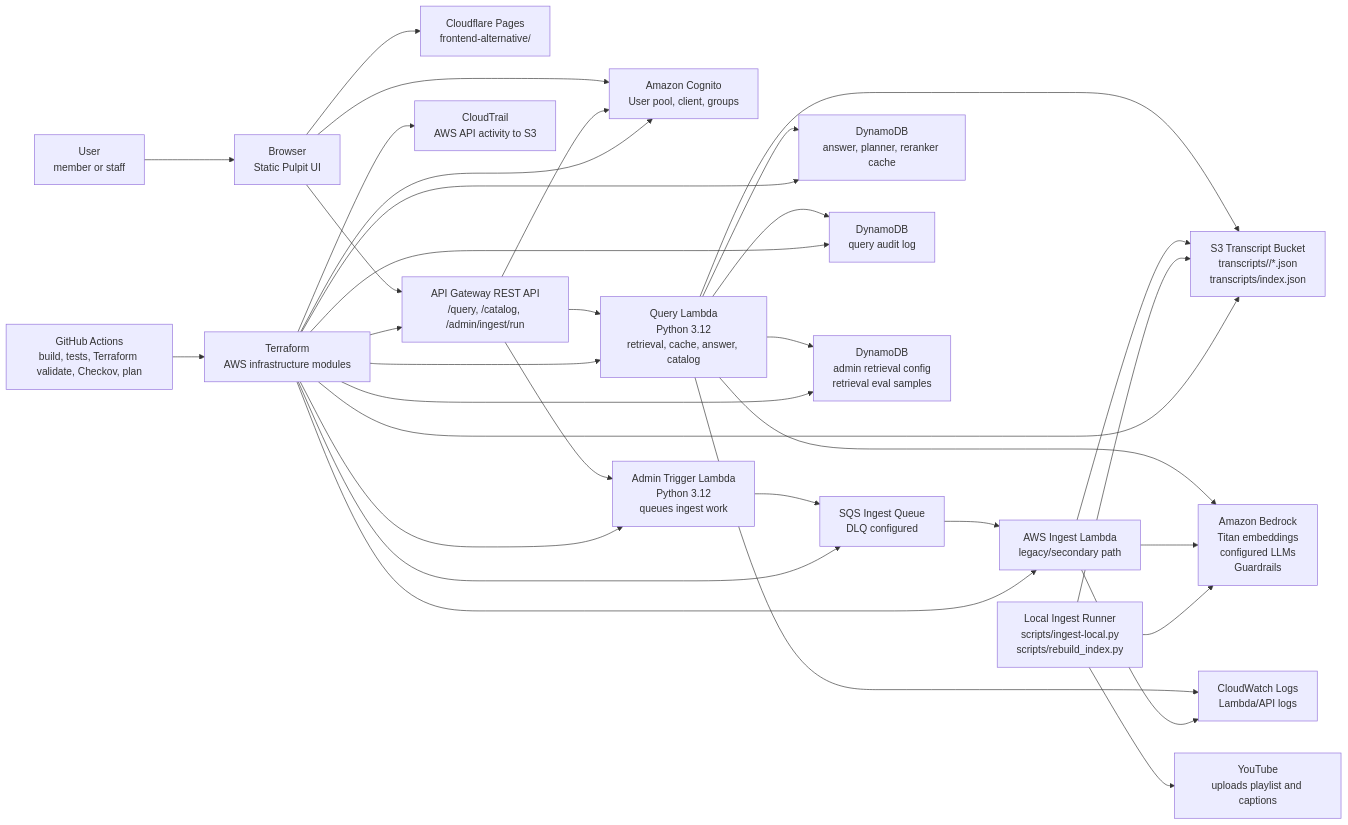
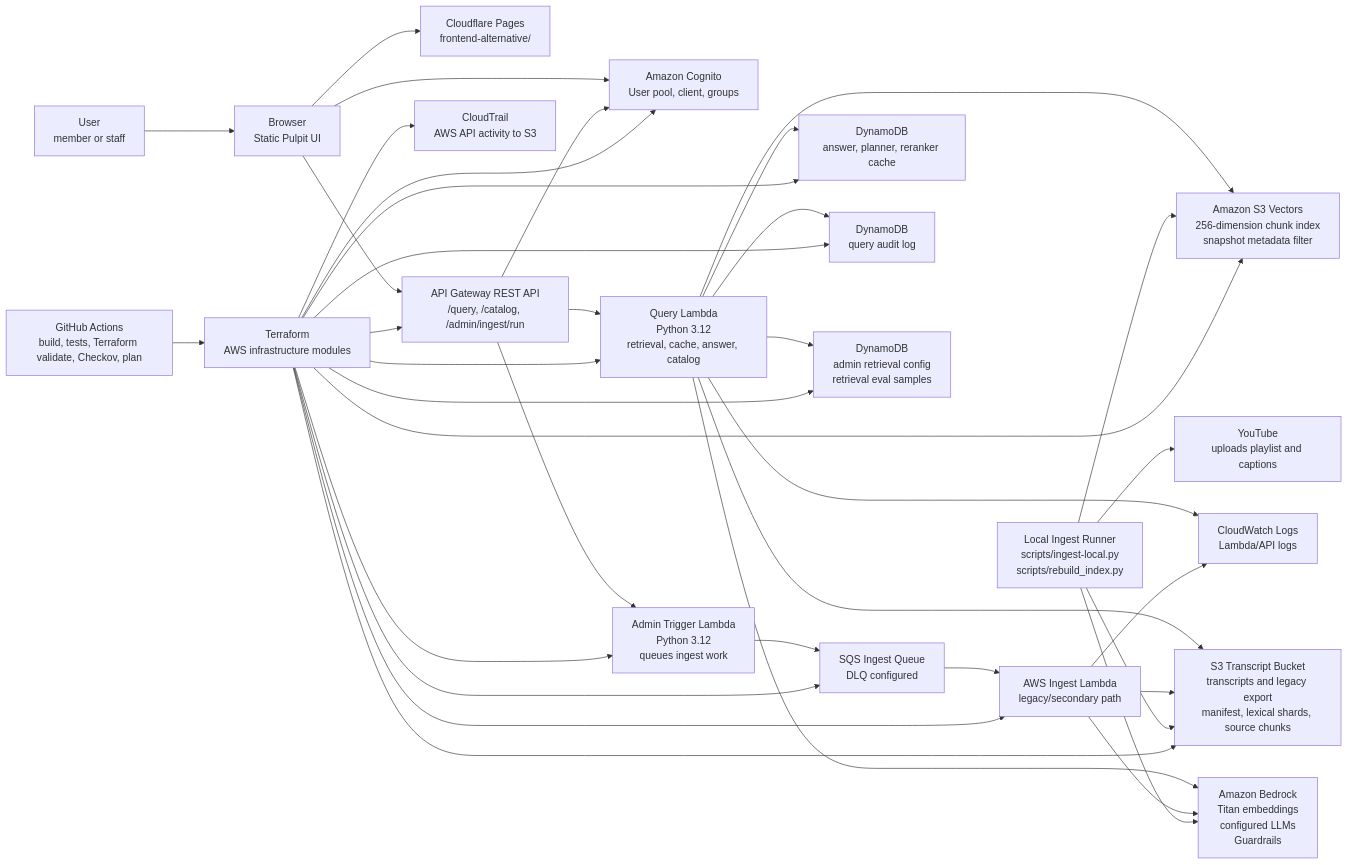
The first of 3 diagrams in docs/architecture.md (manynames3/pulpit), drawn with Mermaid before and after one commit. The commit also changed other lines of this file and 32 other files, not shown here.

````diff
--- a/docs/architecture.md
+++ b/docs/architecture.md
@@ -11,61 +11,65 @@
 ```mermaid
 flowchart LR
     user["User\nmember or staff"]
     browser["Browser\nStatic Pulpit UI"]
     pages["Cloudflare Pages\nfrontend-alternative/"]
     cognito["Amazon Cognito\nUser pool, client, groups"]
     api["API Gateway REST API\n/query, /catalog, /admin/ingest/run"]
     queryLambda["Query Lambda\nPython 3.12\nretrieval, cache, answer, catalog"]
     adminLambda["Admin Trigger Lambda\nPython 3.12\nqueues ingest work"]
     ingestQueue["SQS Ingest Queue\nDLQ configured"]
     ingestLambda["AWS Ingest Lambda\nlegacy/secondary path"]
     localRunner["Local Ingest Runner\nscripts/ingest-local.py\nscripts/rebuild_index.py"]
     youtube["YouTube\nuploads playlist and captions"]
     bedrock["Amazon Bedrock\nTitan embeddings\nconfigured LLMs\nGuardrails"]
-    s3["S3 Transcript Bucket\ntranscripts/<year>/*.json\ntranscripts/index.json"]
+    s3["S3 Transcript Bucket\ntranscripts and legacy export\nmanifest, lexical shards, source chunks"]
+    vectors["Amazon S3 Vectors\n256-dimension chunk index\nsnapshot metadata filter"]
     cache["DynamoDB\nanswer, planner, reranker cache"]
     audit["DynamoDB\nquery audit log"]
     config["DynamoDB\nadmin retrieval config\nretrieval eval samples"]
     cloudwatch["CloudWatch Logs\nLambda/API logs"]
     cloudtrail["CloudTrail\nAWS API activity to S3"]
     ci["GitHub Actions\nbuild, tests, Terraform validate, Checkov, plan"]
     terraform["Terraform\nAWS infrastructure modules"]
 
     user --> browser
     browser --> pages
     browser --> cognito
     browser --> api
     api --> cognito
     api --> queryLambda
     api --> adminLambda
 
     queryLambda --> s3
+    queryLambda --> vectors
     queryLambda --> cache
     queryLambda --> audit
     queryLambda --> config
     queryLambda --> bedrock
     queryLambda --> cloudwatch
 
     adminLambda --> ingestQueue
     ingestQueue --> ingestLambda
     ingestLambda --> s3
     ingestLambda --> bedrock
     ingestLambda --> cloudwatch
 
     localRunner --> youtube
     localRunner --> bedrock
     localRunner --> s3
+    localRunner --> vectors
 
     terraform --> api
     terraform --> cognito
     terraform --> queryLambda
     terraform --> adminLambda
     terraform --> ingestQueue
     terraform --> ingestLambda
     terraform --> s3
+    terraform --> vectors
     terraform --> cache
     terraform --> audit
     terraform --> config
     terraform --> cloudtrail
     ci --> terraform
 ```
````
